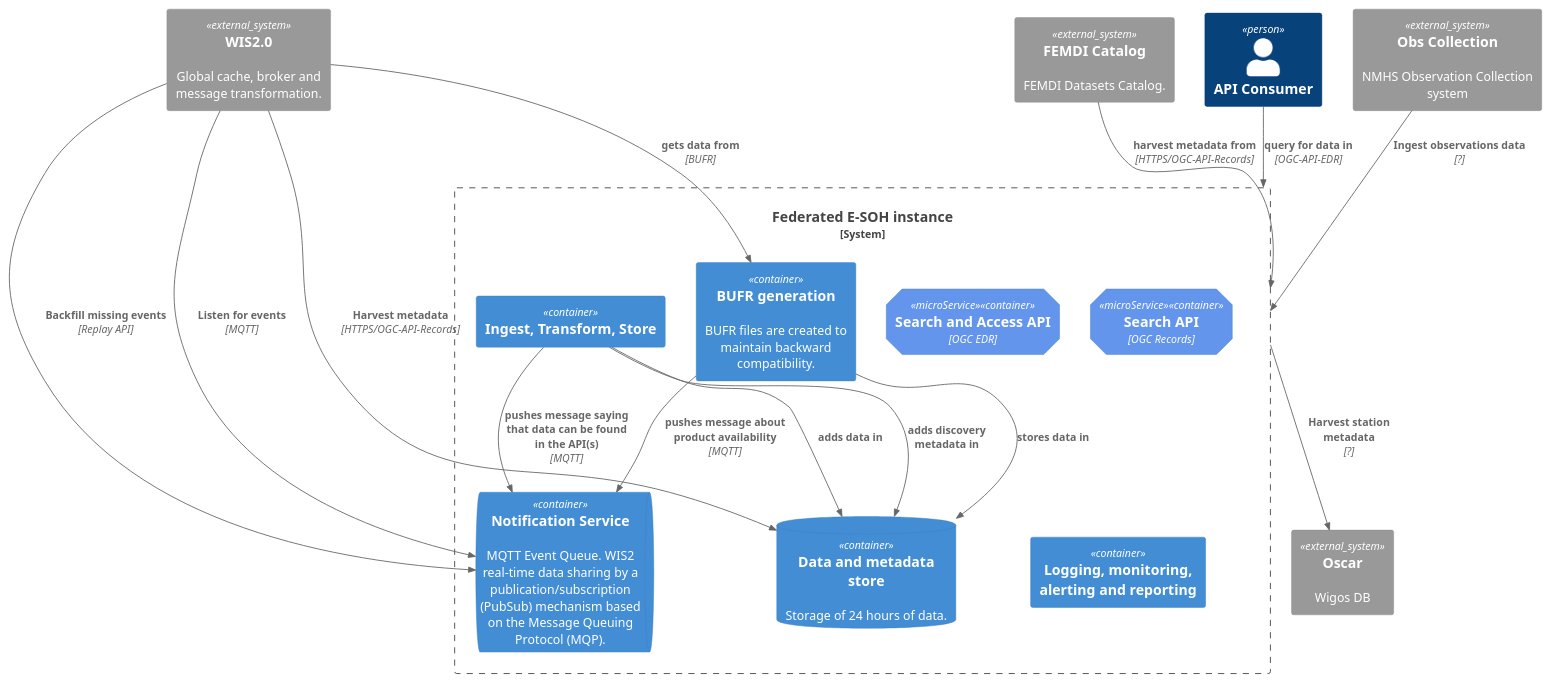
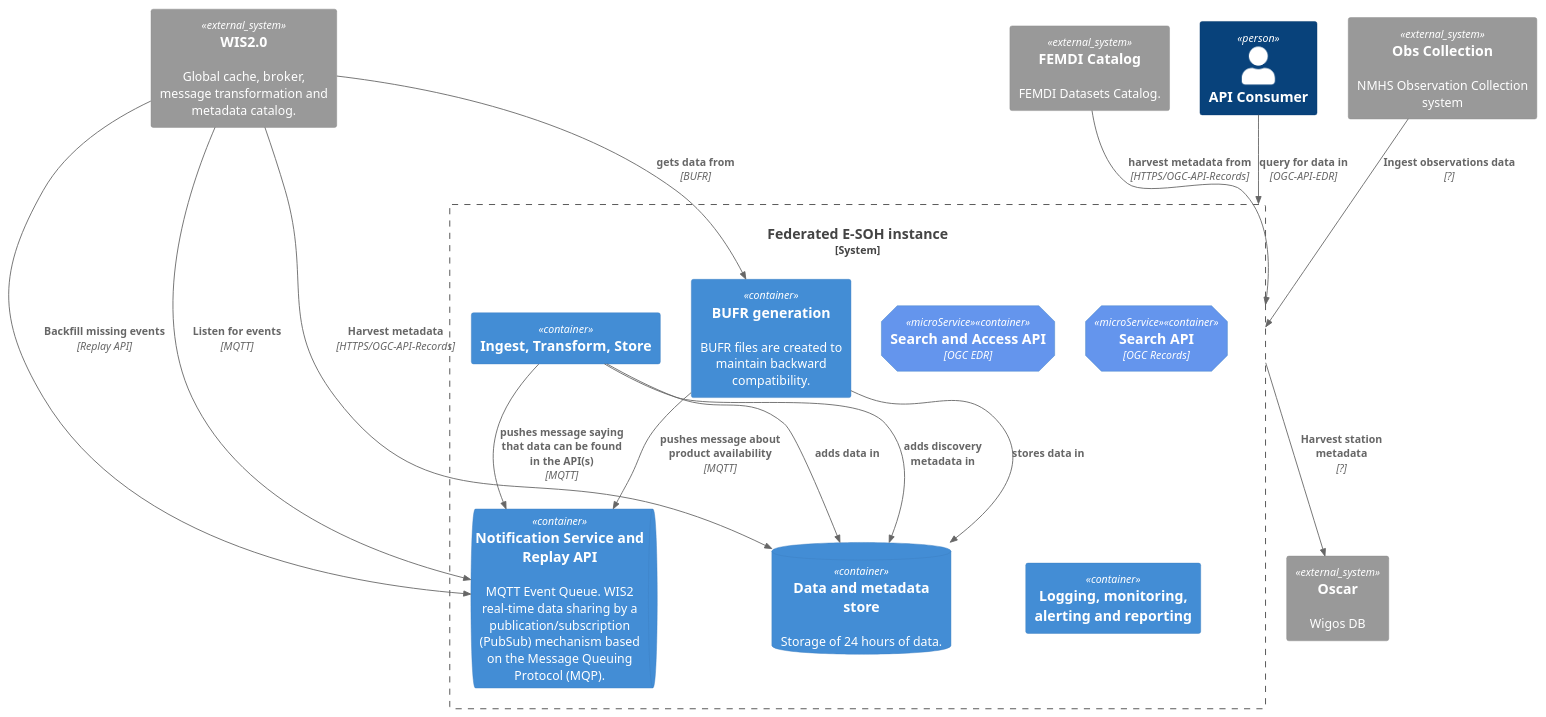
Before and after one commit to EURODEO/e-soh-c4: the diagram in c4-context.puml, drawn with PlantUML. The commit also changed 1 other file, not shown here.

Commit message:
add replay api

```diff
--- a/c4-context.puml
+++ b/c4-context.puml
@@ -1,47 +1,47 @@
 @startuml "c4-context"
 !include https://raw.githubusercontent.com/plantuml-stdlib/C4-PlantUML/master/C4_Container.puml
 
 AddElementTag("microService", $shape=EightSidedShape(), $bgColor="CornflowerBlue", $fontColor="white", $legendText="micro service\neight sided")
 
 System_Ext(FEMDICatalog, "FEMDI Catalog", "FEMDI Datasets Catalog.")
 
-System_Ext(wis2, "WIS2.0", "Global cache, broker and message transformation.")
+System_Ext(wis2, "WIS2.0", "Global cache, broker, message transformation and metadata catalog.")
 
 
 Person(APIConsumer, "API Consumer")
 
 System_Boundary(ESOH, "Federated E-SOH instance"){
-    ContainerQueue(queue, "Notification Service", "", "MQTT Event Queue. WIS2 real-time data sharing by a publication/subscription (PubSub) mechanism based on the Message Queuing Protocol (MQP).")
+    ContainerQueue(queue, "Notification Service and Replay API", "", "MQTT Event Queue. WIS2 real-time data sharing by a publication/subscription (PubSub) mechanism based on the Message Queuing Protocol (MQP).")
     Container(its, "Ingest, Transform, Store", "", "")
     Container(edr, "Search and Access API", "OGC EDR", "", $tags = "microService")
     Container(records, "Search API", "OGC Records", "", $tags = "microService")
     Container(bufr_generator, "BUFR generation", "", "BUFR files are created to maintain backward compatibility.")
     ContainerDb(data_store, "Data and metadata store", "", "Storage of 24 hours of data.")
     Container(lmar, "Logging, monitoring, alerting and reporting", "", "")
 }
 
 
 
 System_Ext(Oscar, "Oscar", "Wigos DB")
 System_Ext(ObsCollection,"Obs Collection", "NMHS Observation Collection system")
 
 Rel(bufr_generator, queue, "pushes message about product availability", "MQTT")
 Rel(bufr_generator, data_store, "stores data in", "")
 
 Rel(its, data_store, "adds data in", "")
 Rel(its, data_store, "adds discovery metadata in", "")
 Rel(its, queue, "pushes message saying that data can be found in the API(s)", "MQTT")
 
 Rel(wis2, data_store, "Harvest metadata", "HTTPS/OGC-API-Records")
 Rel(wis2, queue, "Listen for events", "MQTT")
 Rel(wis2, queue, "Backfill missing events", "Replay API")
 
 Rel(wis2, bufr_generator, "gets data from", "BUFR")
 
 Rel(FEMDICatalog, ESOH, "harvest metadata from", "HTTPS/OGC-API-Records")
 Rel(APIConsumer, ESOH, "query for data in", "OGC-API-EDR")
 
 Rel(ESOH, Oscar, "Harvest station metadata", "?")
 Rel(ObsCollection, ESOH, "Ingest observations data", "?")
 
 @enduml
```
